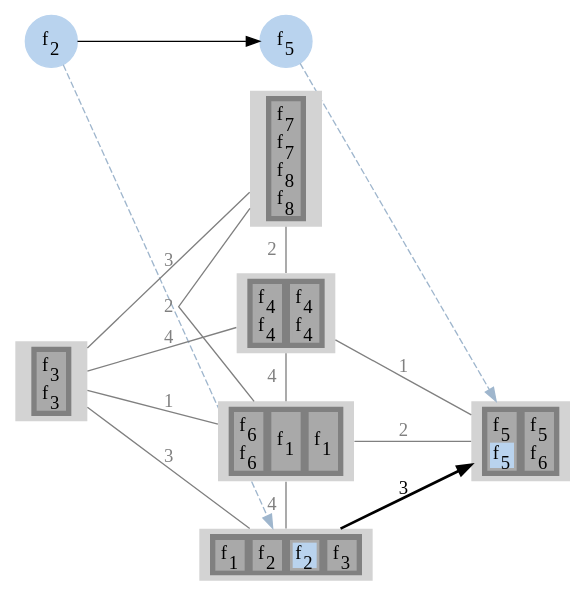
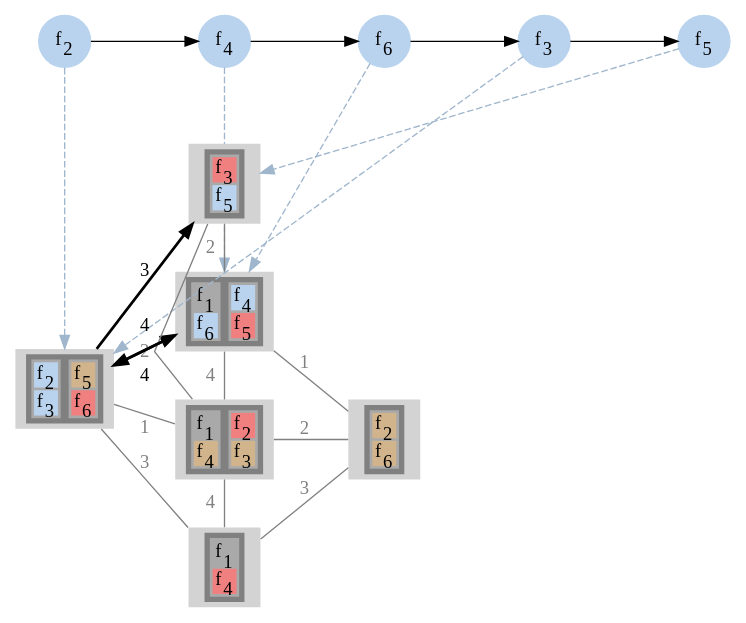
Before and after one commit to prateekshyap/SFC_Placement_in_VNF: the diagram in output/mainSample1/gv/sfcAssgn3.gv, drawn with Graphviz. The commit also changed 54 other files, not shown here.

```diff
--- a/output/mainSample1/gv/sfcAssgn3.gv
+++ b/output/mainSample1/gv/sfcAssgn3.gv
@@ -6,10 +6,19 @@
 {
 node [shape=circle]
 {rank = same; f2; };
+{rank = same; f4; };
+{rank = same; f6; };
+{rank = same; f3; };
 {rank = same; f5; };
 f2[style=filled label=<f<SUB>2</SUB>> color="slategray2"]
+f4[style=filled label=<f<SUB>4</SUB>> color="slategray2"]
+f6[style=filled label=<f<SUB>6</SUB>> color="slategray2"]
+f3[style=filled label=<f<SUB>3</SUB>> color="slategray2"]
 f5[style=filled label=<f<SUB>5</SUB>> color="slategray2"]
-f2 -> f5
+f2 -> f4
+f4 -> f6
+f6 -> f3
+f3 -> f5
 }
 subgraph network
 {
@@ -17,6 +26,133 @@
 {rank = same; 1; };
 {rank = same; 2; 3; 5; 6; };
 {rank = same; 4; };
+1[style=filled
+label=<
+<TABLE BORDER="0" BGCOLOR="gray">
+<TR>
+<TD>
+<TABLE BORDER="0" BGCOLOR="darkgray">
+<TR><TD PORT="f4" BGCOLOR="slategray2">f<SUB>2</SUB></TD></TR>
+<TR><TD PORT="f7" BGCOLOR="slategray2">f<SUB>3</SUB></TD></TR>
+</TABLE>
+</TD>
+<TD>
+<TABLE BORDER="0" BGCOLOR="darkgray">
+<TR><TD PORT="f13" BGCOLOR="tan">f<SUB>5</SUB></TD></TR>
+<TR><TD PORT="f18" BGCOLOR="lightcoral">f<SUB>6</SUB></TD></TR>
+</TABLE>
+</TD>
+</TR>
+</TABLE>>]
+
+3[style=filled
+label=<
+<TABLE BORDER="0" BGCOLOR="gray">
+<TR>
+<TD>
+<TABLE BORDER="0" BGCOLOR="darkgray">
+<TR><TD PORT="f1" BGCOLOR="darkgray">f<SUB>1</SUB></TD></TR>
+<TR><TD PORT="f16" BGCOLOR="slategray2">f<SUB>6</SUB></TD></TR>
+</TABLE>
+</TD>
+<TD>
+<TABLE BORDER="0" BGCOLOR="darkgray">
+<TR><TD PORT="f10" BGCOLOR="slategray2">f<SUB>4</SUB></TD></TR>
+<TR><TD PORT="f14" BGCOLOR="lightcoral">f<SUB>5</SUB></TD></TR>
+</TABLE>
+</TD>
+</TR>
+</TABLE>>]
+
+3[style=filled
+label=<
+<TABLE BORDER="0" BGCOLOR="gray">
+<TR>
+<TD>
+<TABLE BORDER="0" BGCOLOR="darkgray">
+<TR><TD PORT="f1" BGCOLOR="darkgray">f<SUB>1</SUB></TD></TR>
+<TR><TD PORT="f16" BGCOLOR="slategray2">f<SUB>6</SUB></TD></TR>
+</TABLE>
+</TD>
+<TD>
+<TABLE BORDER="0" BGCOLOR="darkgray">
+<TR><TD PORT="f10" BGCOLOR="slategray2">f<SUB>4</SUB></TD></TR>
+<TR><TD PORT="f14" BGCOLOR="lightcoral">f<SUB>5</SUB></TD></TR>
+</TABLE>
+</TD>
+</TR>
+</TABLE>>]
+
+3[style=filled
+label=<
+<TABLE BORDER="0" BGCOLOR="gray">
+<TR>
+<TD>
+<TABLE BORDER="0" BGCOLOR="darkgray">
+<TR><TD PORT="f1" BGCOLOR="darkgray">f<SUB>1</SUB></TD></TR>
+<TR><TD PORT="f16" BGCOLOR="slategray2">f<SUB>6</SUB></TD></TR>
+</TABLE>
+</TD>
+<TD>
+<TABLE BORDER="0" BGCOLOR="darkgray">
+<TR><TD PORT="f10" BGCOLOR="slategray2">f<SUB>4</SUB></TD></TR>
+<TR><TD PORT="f14" BGCOLOR="lightcoral">f<SUB>5</SUB></TD></TR>
+</TABLE>
+</TD>
+</TR>
+</TABLE>>]
+
+1[style=filled
+label=<
+<TABLE BORDER="0" BGCOLOR="gray">
+<TR>
+<TD>
+<TABLE BORDER="0" BGCOLOR="darkgray">
+<TR><TD PORT="f4" BGCOLOR="slategray2">f<SUB>2</SUB></TD></TR>
+<TR><TD PORT="f7" BGCOLOR="slategray2">f<SUB>3</SUB></TD></TR>
+</TABLE>
+</TD>
+<TD>
+<TABLE BORDER="0" BGCOLOR="darkgray">
+<TR><TD PORT="f13" BGCOLOR="tan">f<SUB>5</SUB></TD></TR>
+<TR><TD PORT="f18" BGCOLOR="lightcoral">f<SUB>6</SUB></TD></TR>
+</TABLE>
+</TD>
+</TR>
+</TABLE>>]
+
+2[style=filled
+label=<
+<TABLE BORDER="0" BGCOLOR="gray">
+<TR>
+<TD>
+<TABLE BORDER="0" BGCOLOR="darkgray">
+<TR><TD PORT="f8" BGCOLOR="lightcoral">f<SUB>3</SUB></TD></TR>
+<TR><TD PORT="f15" BGCOLOR="slategray2">f<SUB>5</SUB></TD></TR>
+</TABLE>
+</TD>
+</TR>
+</TABLE>>]
+
+5[style=filled
+label=<
+<TABLE BORDER="0" BGCOLOR="gray">
+<TR>
+<TD>
+<TABLE BORDER="0" BGCOLOR="darkgray">
+<TR><TD PORT="f2" BGCOLOR="darkgray">f<SUB>1</SUB></TD></TR>
+<TR><TD PORT="f11" BGCOLOR="tan">f<SUB>4</SUB></TD></TR>
+</TABLE>
+</TD>
+<TD>
+<TABLE BORDER="0" BGCOLOR="darkgray">
+<TR><TD PORT="f6" BGCOLOR="lightcoral">f<SUB>2</SUB></TD></TR>
+<TR><TD PORT="f9" BGCOLOR="tan">f<SUB>3</SUB></TD></TR>
+</TABLE>
+</TD>
+</TR>
+</TABLE>>]
+
 6[style=filled
 label=<
 <TABLE BORDER="0" BGCOLOR="gray">
@@ -24,21 +160,7 @@
 <TD>
 <TABLE BORDER="0" BGCOLOR="darkgray">
 <TR><TD PORT="f3" BGCOLOR="darkgray">f<SUB>1</SUB></TD></TR>
-</TABLE>
-</TD>
-<TD>
-<TABLE BORDER="0" BGCOLOR="darkgray">
-<TR><TD PORT="f4" BGCOLOR="darkgray">f<SUB>2</SUB></TD></TR>
-</TABLE>
-</TD>
-<TD>
-<TABLE BORDER="0" BGCOLOR="darkgray">
-<TR><TD PORT="f5" BGCOLOR="slategray2">f<SUB>2</SUB></TD></TR>
-</TABLE>
-</TD>
-<TD>
-<TABLE BORDER="0" BGCOLOR="darkgray">
-<TR><TD PORT="f6" BGCOLOR="darkgray">f<SUB>3</SUB></TD></TR>
+<TR><TD PORT="f12" BGCOLOR="lightcoral">f<SUB>4</SUB></TD></TR>
 </TABLE>
 </TD>
 </TR>
@@ -50,92 +172,16 @@
 <TR>
 <TD>
 <TABLE BORDER="0" BGCOLOR="darkgray">
-<TR><TD PORT="f13" BGCOLOR="darkgray">f<SUB>5</SUB></TD></TR>
-<TR><TD PORT="f14" BGCOLOR="slategray2">f<SUB>5</SUB></TD></TR>
-</TABLE>
-</TD>
-<TD>
-<TABLE BORDER="0" BGCOLOR="darkgray">
-<TR><TD PORT="f15" BGCOLOR="darkgray">f<SUB>5</SUB></TD></TR>
-<TR><TD PORT="f16" BGCOLOR="darkgray">f<SUB>6</SUB></TD></TR>
+<TR><TD PORT="f5" BGCOLOR="tan">f<SUB>2</SUB></TD></TR>
+<TR><TD PORT="f17" BGCOLOR="tan">f<SUB>6</SUB></TD></TR>
 </TABLE>
 </TD>
 </TR>
 </TABLE>>]
 
-1[style=filled
-label=<
-<TABLE BORDER="0" BGCOLOR="gray">
-<TR>
-<TD>
-<TABLE BORDER="0" BGCOLOR="darkgray">
-<TR><TD PORT="f7" BGCOLOR="darkgray">f<SUB>3</SUB></TD></TR>
-<TR><TD PORT="f8" BGCOLOR="darkgray">f<SUB>3</SUB></TD></TR>
-</TABLE>
-</TD>
-</TR>
-</TABLE>>]
-
-2[style=filled
-label=<
-<TABLE BORDER="0" BGCOLOR="gray">
-<TR>
-<TD>
-<TABLE BORDER="0" BGCOLOR="darkgray">
-<TR><TD PORT="f19" BGCOLOR="darkgray">f<SUB>7</SUB></TD></TR>
-<TR><TD PORT="f20" BGCOLOR="darkgray">f<SUB>7</SUB></TD></TR>
-<TR><TD PORT="f21" BGCOLOR="darkgray">f<SUB>8</SUB></TD></TR>
-<TR><TD PORT="f22" BGCOLOR="darkgray">f<SUB>8</SUB></TD></TR>
-</TABLE>
-</TD>
-</TR>
-</TABLE>>]
-
-3[style=filled
-label=<
-<TABLE BORDER="0" BGCOLOR="gray">
-<TR>
-<TD>
-<TABLE BORDER="0" BGCOLOR="darkgray">
-<TR><TD PORT="f9" BGCOLOR="darkgray">f<SUB>4</SUB></TD></TR>
-<TR><TD PORT="f10" BGCOLOR="darkgray">f<SUB>4</SUB></TD></TR>
-</TABLE>
-</TD>
-<TD>
-<TABLE BORDER="0" BGCOLOR="darkgray">
-<TR><TD PORT="f11" BGCOLOR="darkgray">f<SUB>4</SUB></TD></TR>
-<TR><TD PORT="f12" BGCOLOR="darkgray">f<SUB>4</SUB></TD></TR>
-</TABLE>
-</TD>
-</TR>
-</TABLE>>]
-
-5[style=filled
-label=<
-<TABLE BORDER="0" BGCOLOR="gray">
-<TR>
-<TD>
-<TABLE BORDER="0" BGCOLOR="darkgray">
-<TR><TD PORT="f17" BGCOLOR="darkgray">f<SUB>6</SUB></TD></TR>
-<TR><TD PORT="f18" BGCOLOR="darkgray">f<SUB>6</SUB></TD></TR>
-</TABLE>
-</TD>
-<TD>
-<TABLE BORDER="0" BGCOLOR="darkgray">
-<TR><TD PORT="f1" BGCOLOR="darkgray">f<SUB>1</SUB></TD></TR>
-</TABLE>
-</TD>
-<TD>
-<TABLE BORDER="0" BGCOLOR="darkgray">
-<TR><TD PORT="f2" BGCOLOR="darkgray">f<SUB>1</SUB></TD></TR>
-</TABLE>
-</TD>
-</TR>
-</TABLE>>]
-
-6 -> 4[label="3" color="black" penwidth=2]
-1 -> 2[label="3" color="gray" fontcolor="gray" dir = none]
-1 -> 3[label="4" color="gray" fontcolor="gray" dir = none]
+1 -> 3[label="4" color="black" penwidth=2]
+3 -> 1[label="4" color="black" penwidth=2]
+1 -> 2[label="3" color="black" penwidth=2]
 1 -> 5[label="1" color="gray" fontcolor="gray" dir = none]
 1 -> 6[label="3" color="gray" fontcolor="gray" dir = none]
 2 -> 3[label="2" color="gray" fontcolor="gray" dir = none]
@@ -143,9 +189,13 @@
 3 -> 4[label="1" color="gray" fontcolor="gray" dir = none]
 3 -> 5[label="4" color="gray" fontcolor="gray" dir = none]
 4 -> 5[label="2" color="gray" fontcolor="gray" dir = none]
+4 -> 6[label="3" color="gray" fontcolor="gray" dir = none]
 5 -> 6[label="4" color="gray" fontcolor="gray" dir = none]
 }
 splines=false
-f2 -> 6[color="slategray3" style=dashed constraint=false]
-f5 -> 4[color="slategray3" style=dashed constraint=false]
+f2 -> 1[color="slategray3" style=dashed constraint=false]
+f4 -> 3[color="slategray3" style=dashed constraint=false]
+f6 -> 3[color="slategray3" style=dashed constraint=false]
+f3 -> 1[color="slategray3" style=dashed constraint=false]
+f5 -> 2[color="slategray3" style=dashed constraint=false]
 }
```
